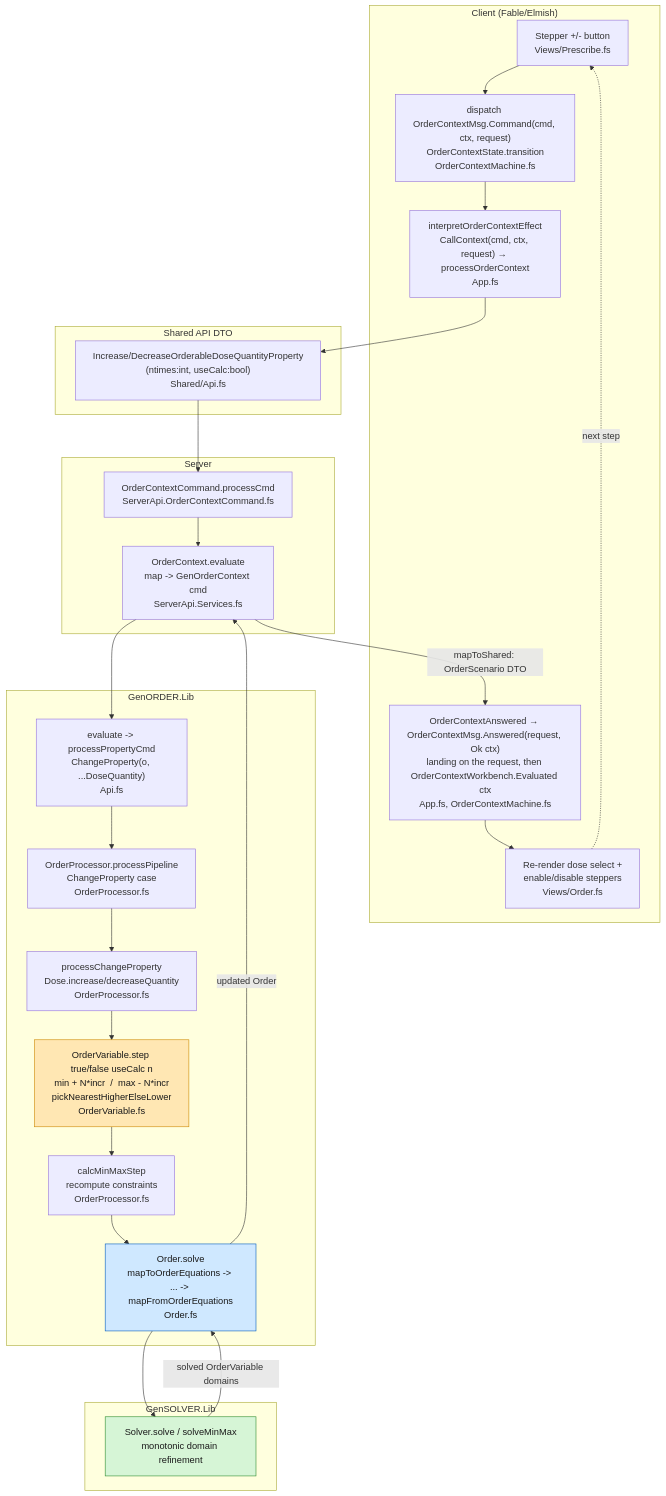
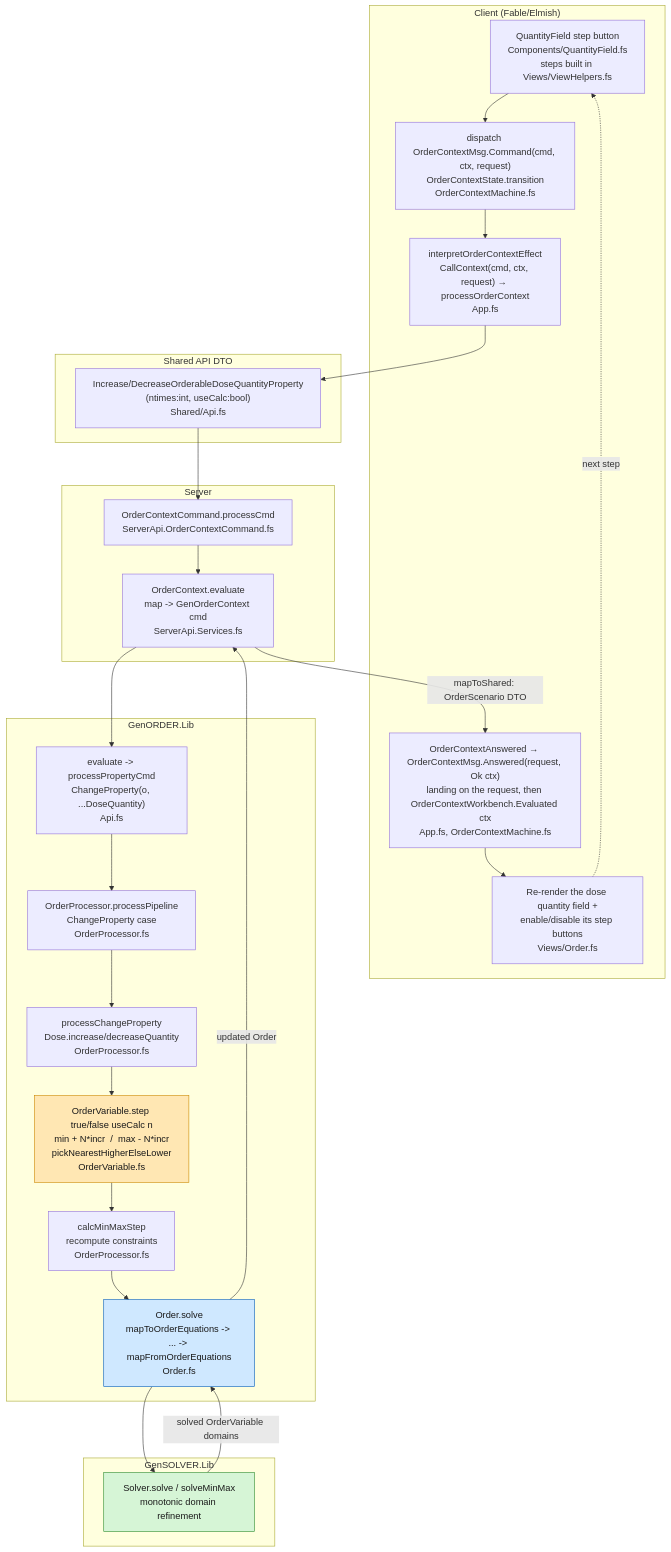
The first of 2 diagrams in docs/domain/dose-quantity-stepping-flow.md (informedica/GenPRES), drawn with Mermaid before and after one commit. The commit also changed other lines of this file and 3 other files, not shown here.

First line of the commit message:
docs: record the five-slot QuantityField as built

````diff
--- a/docs/domain/dose-quantity-stepping-flow.md
+++ b/docs/domain/dose-quantity-stepping-flow.md
@@ -7,43 +7,43 @@
 ```mermaid
 flowchart TD
     subgraph CLIENT["Client (Fable/Elmish)"]
-        UI["Stepper +/- button<br/>Views/Prescribe.fs"]
+        UI["QuantityField step button<br/>Components/QuantityField.fs<br/>steps built in Views/ViewHelpers.fs"]
         MSG["dispatch OrderContextMsg.Command(cmd, ctx, request)<br/>OrderContextState.transition<br/>OrderContextMachine.fs"]
         CALL["interpretOrderContextEffect<br/>CallContext(cmd, ctx, request) → processOrderContext<br/>App.fs"]
         RESP["OrderContextAnswered → OrderContextMsg.Answered(request, Ok ctx)<br/>landing on the request, then OrderContextWorkbench.Evaluated ctx<br/>App.fs, OrderContextMachine.fs"]
-        RENDER["Re-render dose select +<br/>enable/disable steppers<br/>Views/Order.fs"]
+        RENDER["Re-render the dose quantity field +<br/>enable/disable its step buttons<br/>Views/Order.fs"]
     end
 
     subgraph SHARED["Shared API DTO"]
         CMD["Increase/DecreaseOrderableDoseQuantityProperty<br/>(ntimes:int, useCalc:bool)<br/>Shared/Api.fs"]
     end
 
     subgraph SERVER["Server"]
         SCMD["OrderContextCommand.processCmd<br/>ServerApi.OrderContextCommand.fs"]
         SEVAL["OrderContext.evaluate<br/>map -> GenOrderContext cmd<br/>ServerApi.Services.fs"]
     end
 
     subgraph GENORDER["GenORDER.Lib"]
         GEVAL["evaluate -> processPropertyCmd<br/>ChangeProperty(o, ...DoseQuantity)<br/>Api.fs"]
         PIPE["OrderProcessor.processPipeline<br/>ChangeProperty case<br/>OrderProcessor.fs"]
         PCHANGE["processChangeProperty<br/>Dose.increase/decreaseQuantity<br/>OrderProcessor.fs"]
         STEP["OrderVariable.step true/false useCalc n<br/>min + N*incr  /  max - N*incr<br/>pickNearestHigherElseLower<br/>OrderVariable.fs"]
         CALCMM["calcMinMaxStep<br/>recompute constraints<br/>OrderProcessor.fs"]
         SOLVE["Order.solve<br/>mapToOrderEquations -> ... -> mapFromOrderEquations<br/>Order.fs"]
     end
 
     subgraph SOLVER["GenSOLVER.Lib"]
         GS["Solver.solve / solveMinMax<br/>monotonic domain refinement"]
     end
 
     UI --> MSG --> CALL --> CMD --> SCMD --> SEVAL --> GEVAL --> PIPE --> PCHANGE --> STEP --> CALCMM --> SOLVE --> GS
     GS -->|solved OrderVariable domains| SOLVE
     SOLVE -->|updated Order| SEVAL
     SEVAL -->|mapToShared: OrderScenario DTO| RESP
     RESP --> RENDER
     RENDER -.->|next step| UI
 
     style STEP fill:#ffe7b3,stroke:#cc8800,color:#1a1a1a
     style SOLVE fill:#cfe8ff,stroke:#005bbb,color:#1a1a1a
     style GS fill:#d6f5d6,stroke:#2e8b2e,color:#1a1a1a
 ```
````
